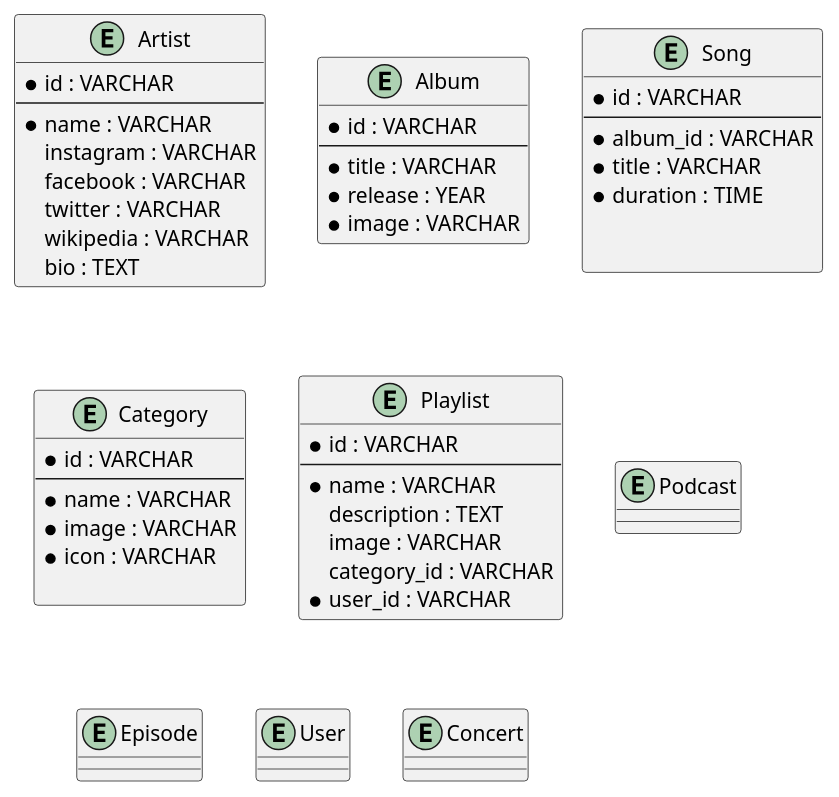
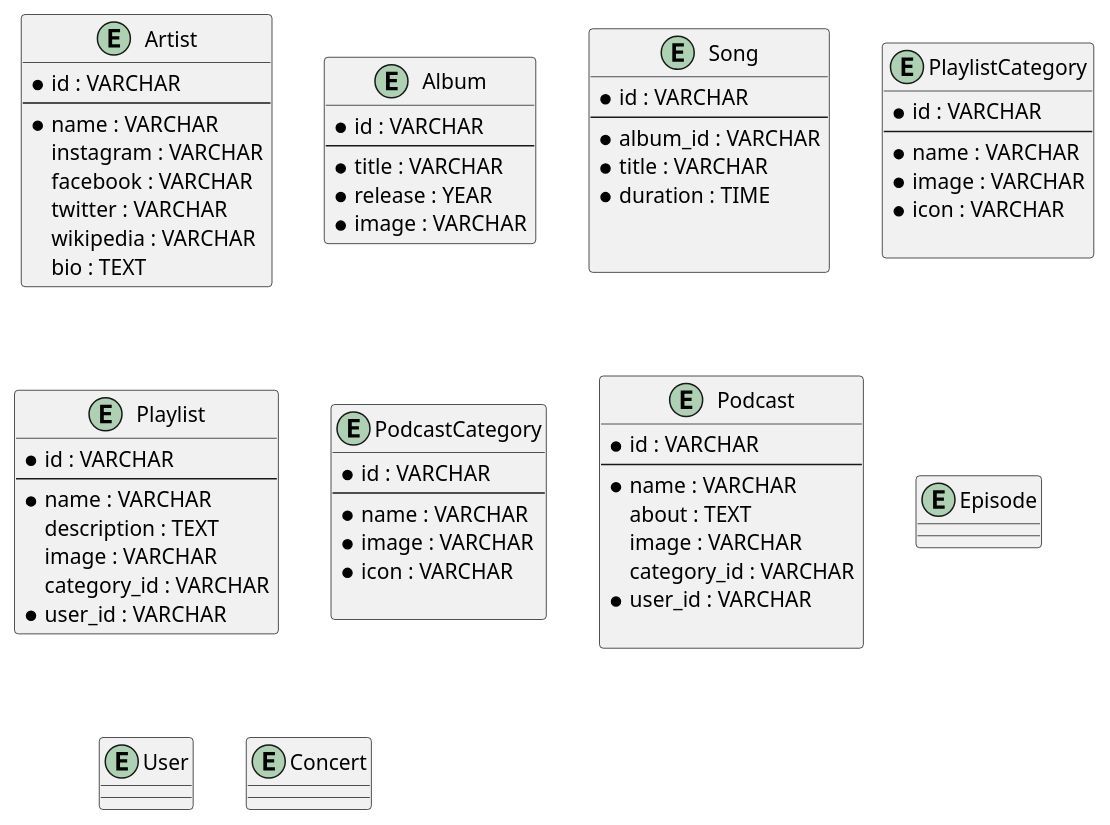
Before and after one commit to hanifiamdev/plantUML: the diagram in spotify.puml, drawn with PlantUML.

Commit message:
Menentukan Attribute Entity Podcast

```diff
--- a/spotify.puml
+++ b/spotify.puml
@@ -1,67 +1,84 @@
 @startuml
 entity Artist {
     * id : VARCHAR
     --
     * name : VARCHAR
     instagram : VARCHAR
     facebook : VARCHAR
     twitter : VARCHAR
     wikipedia : VARCHAR
     bio : TEXT
 }
 
 entity Album {
     * id : VARCHAR
     --
     * title : VARCHAR
     * release : YEAR
     * image : VARCHAR
 }
 
 entity Song {
     * id : VARCHAR
     --
     * album_id : VARCHAR
     * title : VARCHAR
     * duration : TIME
 
 
 }
 
-entity Category {
+entity PlaylistCategory {
     * id : VARCHAR
     --
     * name : VARCHAR
     * image : VARCHAR
     * icon : VARCHAR
 
 }
+
 
 entity Playlist {
     * id : VARCHAR
     --
     * name : VARCHAR
     description : TEXT
     image : VARCHAR
     category_id : VARCHAR
     * user_id : VARCHAR
 }
 
+entity PodcastCategory {
+    * id : VARCHAR
+    --
+    * name : VARCHAR
+    * image : VARCHAR
+    * icon : VARCHAR
+
+}
+
 entity Podcast {
+    * id : VARCHAR
+    --
+    * name : VARCHAR
+    about : TEXT
+    image : VARCHAR
+    category_id : VARCHAR
+    * user_id : VARCHAR
 
 }
 
 entity Episode {
 
 }
 
 entity User {
 
 }
 
 entity Concert {
 
 }
 
 
 @enduml
```
